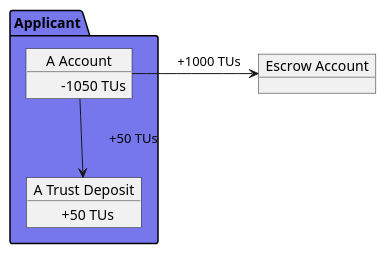
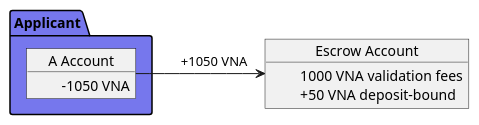
One commit to verana-labs/verifiable-trust-vpr-spec changed the eighth of 21 diagrams in spec.md. Above: the diagram before and after it, drawn with PlantUML. The commit also changed other lines of this file, not shown here.

First line of the commit message:
feat(spec): Model C — Participant deposit fields in TU, business models section rewritten

````diff
--- a/spec.md
+++ b/spec.md
@@ -750,26 +752,24 @@
 ```plantuml
 
 @startuml
 scale max 1200 width
  
 
 
 package "Applicant" as issuer #7677ed {
     object "A Account" as issuera {
-         \t-1050 TUs
+         \t-1050 VNA
     }
-    object "A Trust Deposit" as issuertd {
-         \t+50 TUs
-    }
-
 }
 
-object "Escrow Account" as escrow
+object "Escrow Account" as escrow {
+    \t1000 VNA validation fees
+    \t+50 VNA deposit-bound
+}
 
-issuera -r-> escrow: \t+1000 TUs
-issuera --> issuertd:  \t+50 TUs
+issuera -r-> escrow: \t+1050 VNA
 
 
 @enduml
 
 ```
````
